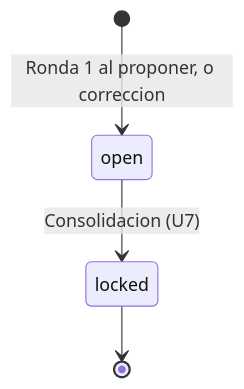
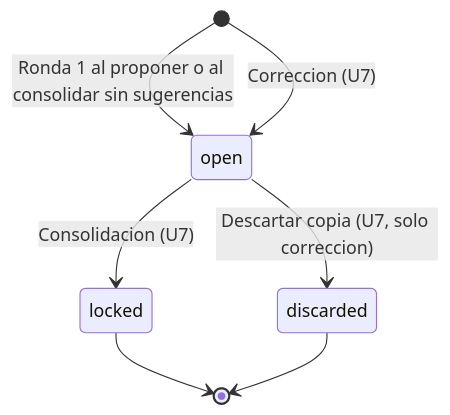
The third of 4 diagrams in aidlc/spaces/default/intents/261002-veridicus-mvp/construction/human-review/functional-design/functional-spec.md (freyesJaveriana/tai), drawn with Mermaid before and after one commit. The commit also changed other lines of this file and 9 other files, not shown here.

````diff
--- a/aidlc/spaces/default/intents/261002-veridicus-mvp/construction/human-review/functional-design/functional-spec.md
+++ b/aidlc/spaces/default/intents/261002-veridicus-mvp/construction/human-review/functional-design/functional-spec.md
@@ -117,6 +180,9 @@
 ```mermaid
 stateDiagram-v2
-  [*] --> open: Ronda 1 al proponer, o correccion
+  [*] --> open: Ronda 1 al proponer o al consolidar sin sugerencias
+  [*] --> open: Correccion (U7)
   open --> locked: Consolidacion (U7)
+  open --> discarded: Descartar copia (U7, solo correccion)
   locked --> [*]
+  discarded --> [*]
 ```
````
